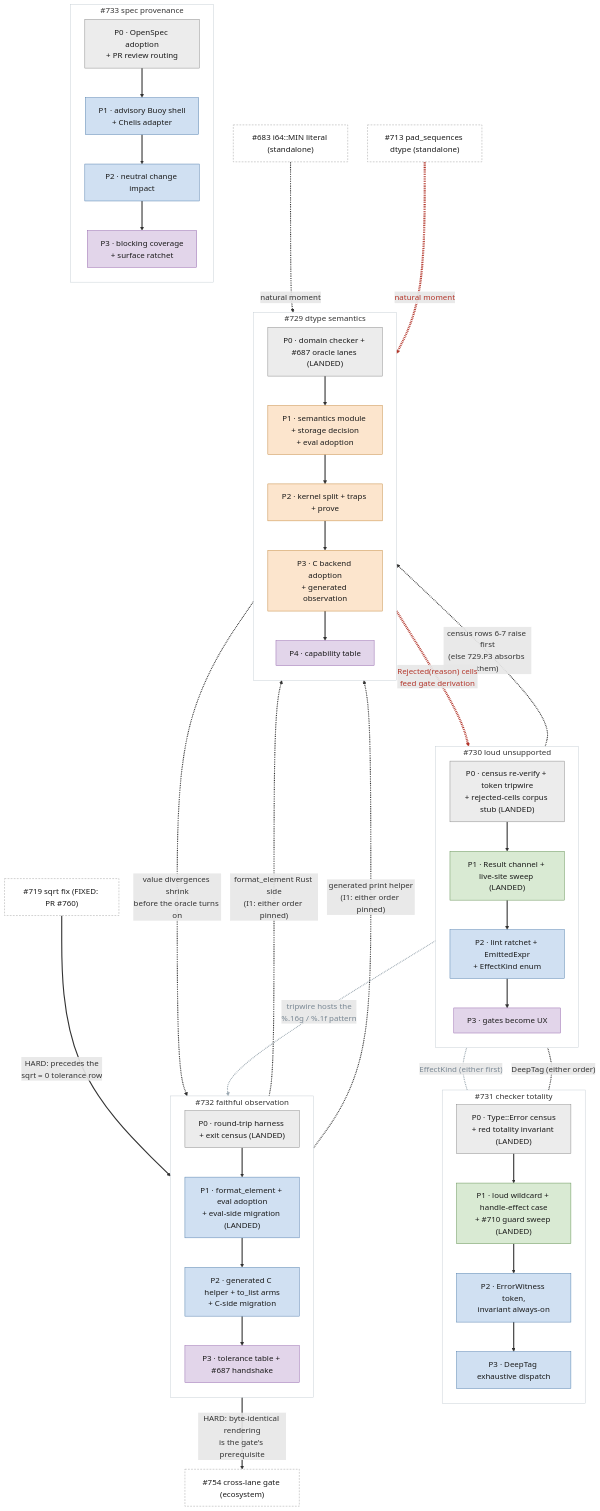
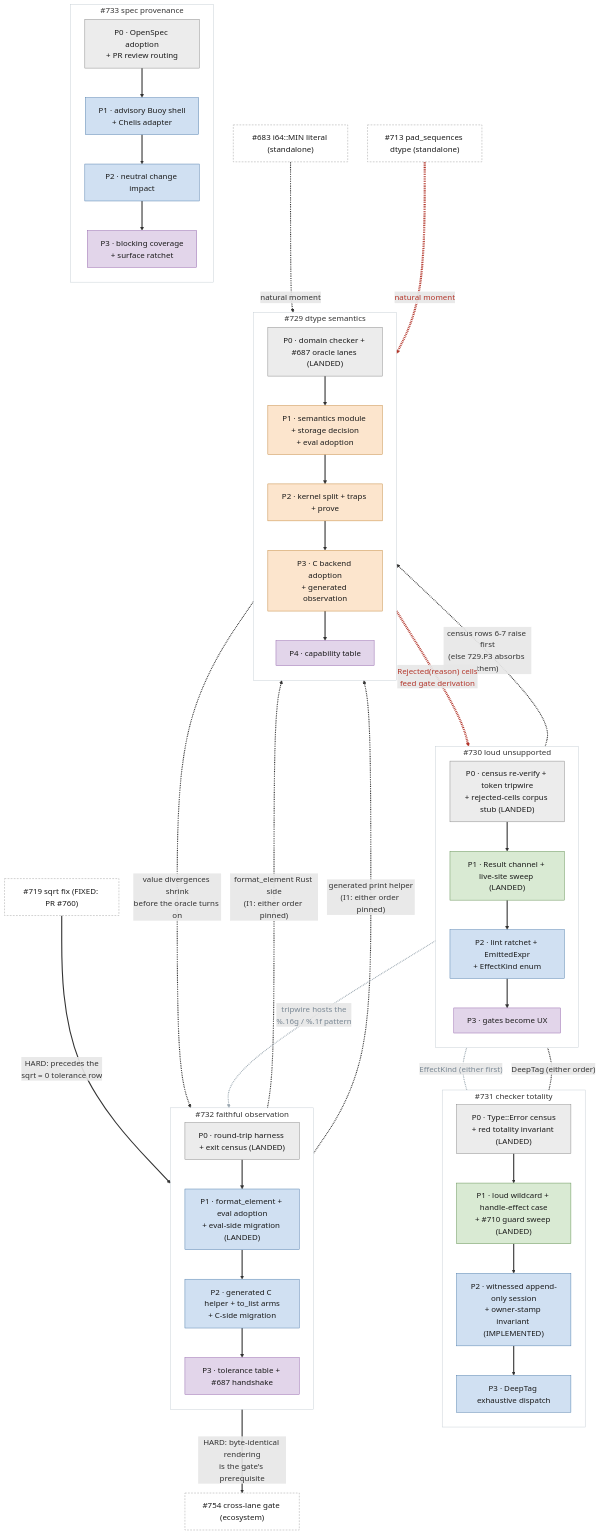
One commit to Chelis-Lang/chelis changed the diagram in spec/design/remediation_roadmap.md. Above: the diagram before and after it, drawn with Mermaid. The commit also changed other lines of this file and 3 other files, not shown here.

Commit message:
docs(types): synchronize checker totality architecture

```diff
--- a/spec/design/remediation_roadmap.md
+++ b/spec/design/remediation_roadmap.md
@@ -157,7 +159,7 @@
     direction TB
     n731p0["P0 · Type::Error census<br/>+ red totality invariant (LANDED)"]:::w0
     n731p1["P1 · loud wildcard + handle-effect case<br/>+ #710 guard sweep (LANDED)"]:::w1
-    n731p2["P2 · ErrorWitness token,<br/>invariant always-on"]:::w2
+    n731p2["P2 · witnessed append-only session<br/>+ owner-stamp invariant (IMPLEMENTED)"]:::w2
     n731p3["P3 · DeepTag exhaustive dispatch"]:::w2
     n731p0 --> n731p1 --> n731p2 --> n731p3
   end
```
